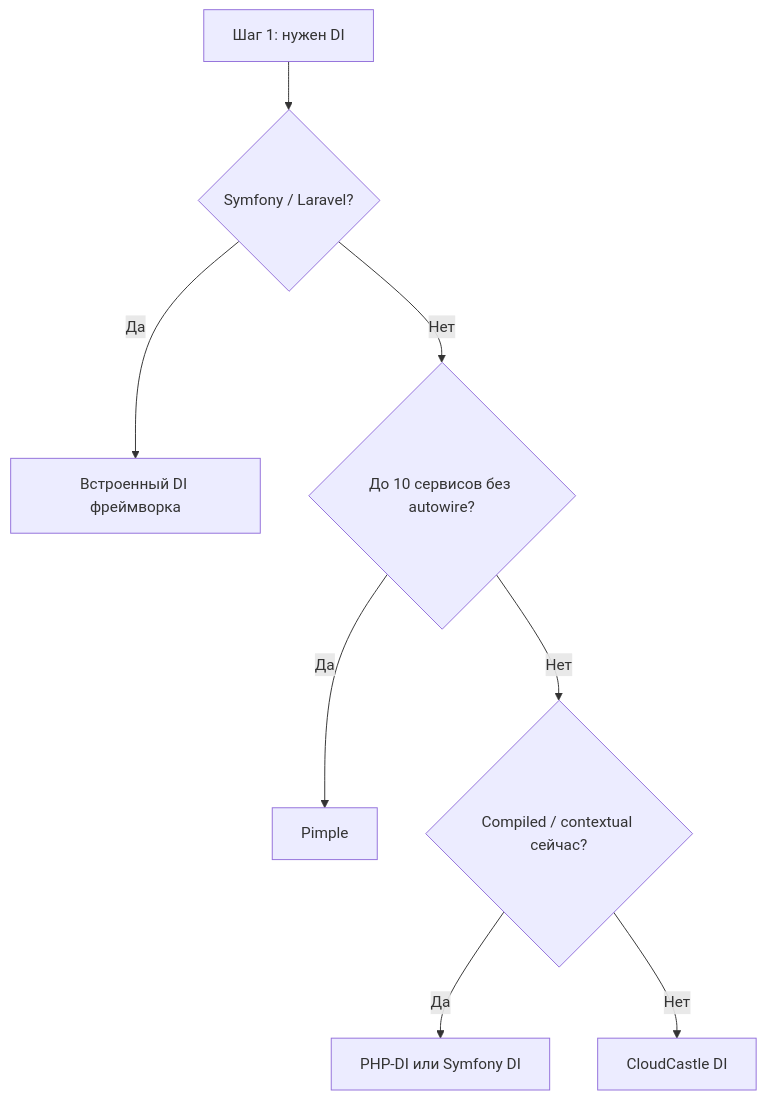
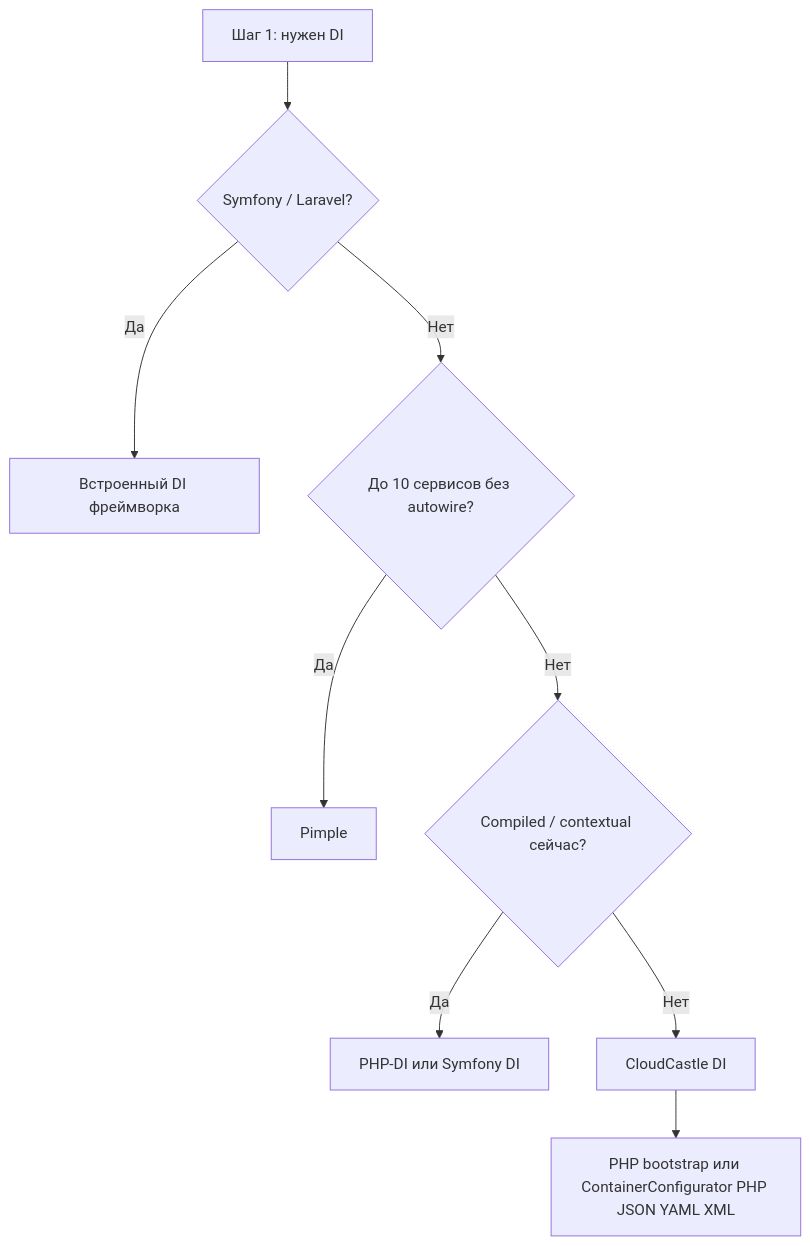
The diagram in wiki/Comparison.md (cloudcastle-apps/di), drawn with Mermaid before and after one commit. The commit also changed other lines of this file and 92 other files, not shown here.

First line of the commit message:
feat: ContainerConfigurator и registerAttribute (v1.5.0)

````diff
--- a/wiki/Comparison.md
+++ b/wiki/Comparison.md
@@ -167,10 +167,11 @@
 ```mermaid
 flowchart TD
     start[Шаг 1: нужен DI] --> fw{Symfony / Laravel?}
     fw -->|Да| native[Встроенный DI фреймворка]
     fw -->|Нет| tiny{До 10 сервисов без autowire?}
     tiny -->|Да| pimple[Pimple]
     tiny -->|Нет| enterprise{Compiled / contextual сейчас?}
     enterprise -->|Да| heavy[PHP-DI или Symfony DI]
     enterprise -->|Нет| cc[CloudCastle DI]
+    cc --> ccfeat[PHP bootstrap или ContainerConfigurator PHP JSON YAML XML]
 ```
````
